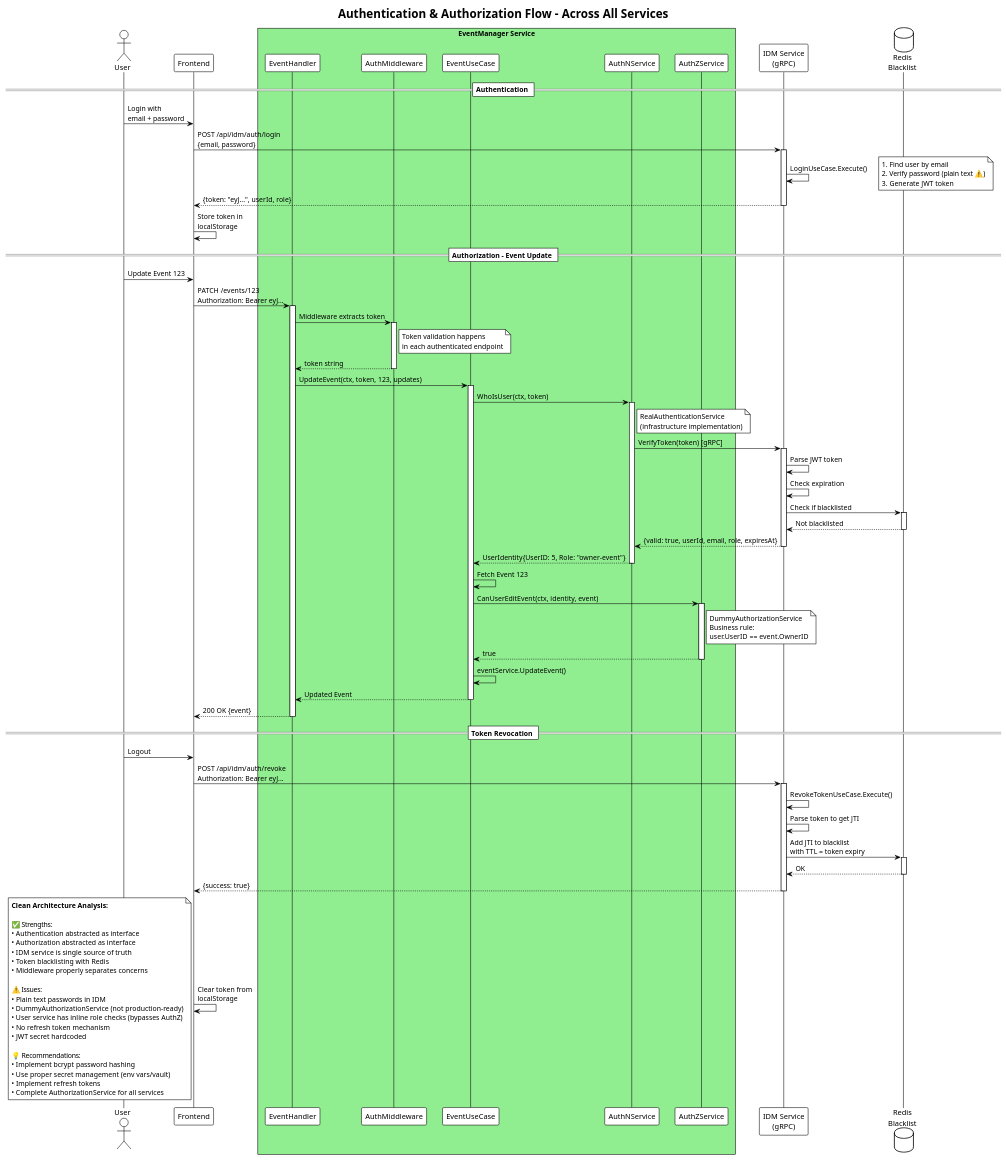
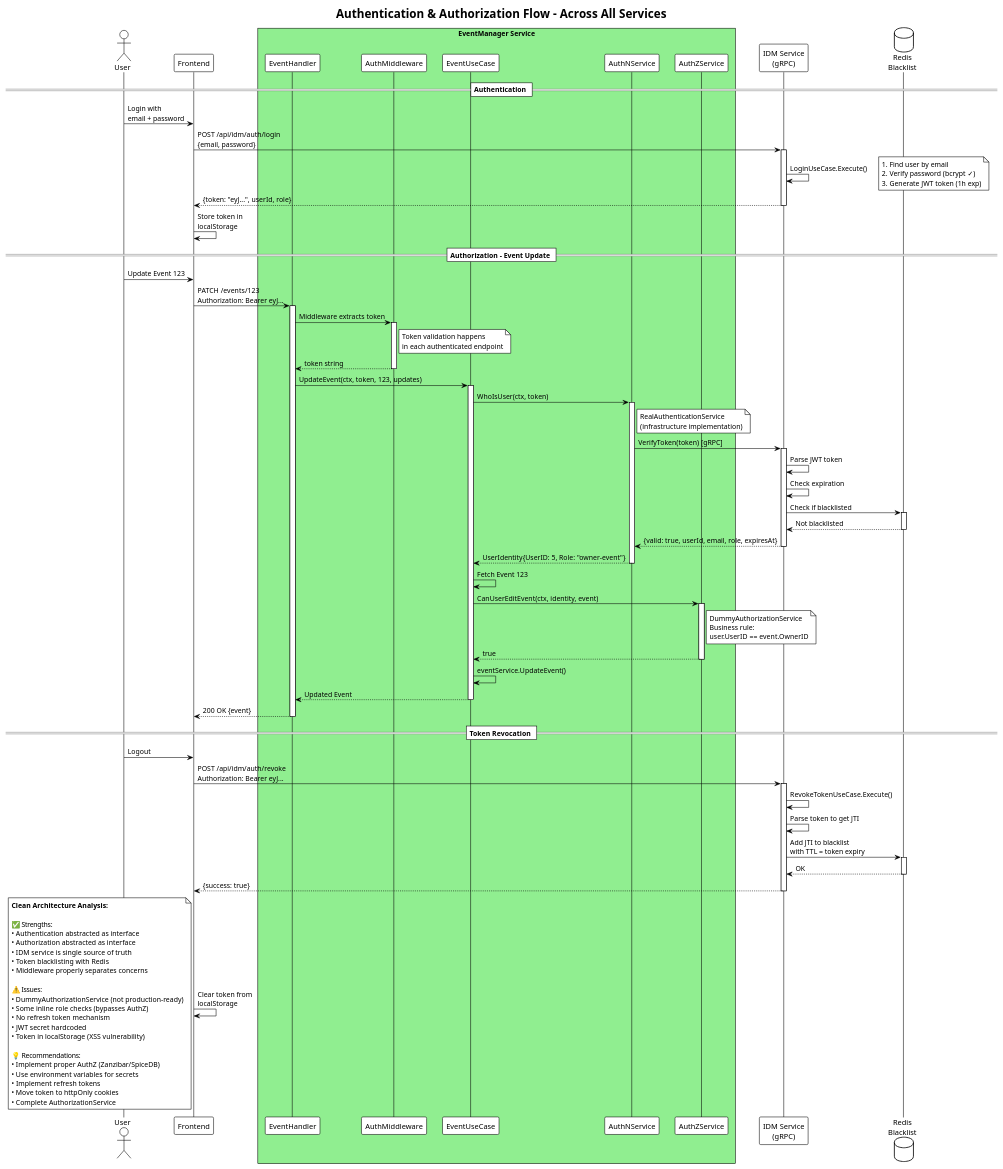
One commit to alexandru-vezeteu/demo-go-webservices changed the diagram in diagrams/13-authentication-authorization-flow.puml. Above: the diagram before and after it, drawn with PlantUML. The commit also changed 44 other files, not shown here.

```diff
--- a/diagrams/13-authentication-authorization-flow.puml
+++ b/diagrams/13-authentication-authorization-flow.puml
@@ -1,140 +1,141 @@
 @startuml auth_authz_flow
 !theme plain
 
 title Authentication & Authorization Flow - Across All Services
 
 actor User
 participant "Frontend" as FE
 box "EventManager Service" #LightGreen
     participant "EventHandler" as EH
     participant "AuthMiddleware" as AM
     participant "EventUseCase" as EUC
     participant "AuthNService" as AuthN
     participant "AuthZService" as AuthZ
 end box
 participant "IDM Service\n(gRPC)" as IDM
 database "Redis\nBlacklist" as Redis
 
 == Authentication ==
 
 User -> FE : Login with\nemail + password
 FE -> IDM : POST /api/idm/auth/login\n{email, password}
 activate IDM
 
 IDM -> IDM : LoginUseCase.Execute()
 note right
     1. Find user by email
-    2. Verify password (plain text ⚠️)
-    3. Generate JWT token
+    2. Verify password (bcrypt ✓)
+    3. Generate JWT token (1h exp)
 end note
 
 IDM --> FE : {token: "eyJ...", userId, role}
 deactivate IDM
 
 FE -> FE : Store token in\nlocalStorage
 
 == Authorization - Event Update ==
 
 User -> FE : Update Event 123
 FE -> EH : PATCH /events/123\nAuthorization: Bearer eyJ...
 activate EH
 
 EH -> AM : Middleware extracts token
 activate AM
 note right of AM
     Token validation happens
     in each authenticated endpoint
 end note
 AM --> EH : token string
 deactivate AM
 
 EH -> EUC : UpdateEvent(ctx, token, 123, updates)
 activate EUC
 
 EUC -> AuthN : WhoIsUser(ctx, token)
 activate AuthN
 note right of AuthN
     RealAuthenticationService
     (infrastructure implementation)
 end note
 
 AuthN -> IDM : VerifyToken(token) [gRPC]
 activate IDM
 
 IDM -> IDM : Parse JWT token
 IDM -> IDM : Check expiration
 IDM -> Redis : Check if blacklisted
 activate Redis
 Redis --> IDM : Not blacklisted
 deactivate Redis
 
 IDM --> AuthN : {valid: true, userId, email, role, expiresAt}
 deactivate IDM
 
 AuthN --> EUC : UserIdentity{UserID: 5, Role: "owner-event"}
 deactivate AuthN
 
 EUC -> EUC : Fetch Event 123
 
 EUC -> AuthZ : CanUserEditEvent(ctx, identity, event)
 activate AuthZ
 
 note right of AuthZ
     DummyAuthorizationService
     Business rule:
     user.UserID == event.OwnerID
 end note
 
 AuthZ --> EUC : true
 deactivate AuthZ
 
 EUC -> EUC : eventService.UpdateEvent()
 EUC --> EH : Updated Event
 deactivate EUC
 
 EH --> FE : 200 OK {event}
 deactivate EH
 
 == Token Revocation ==
 
 User -> FE : Logout
 FE -> IDM : POST /api/idm/auth/revoke\nAuthorization: Bearer eyJ...
 activate IDM
 
 IDM -> IDM : RevokeTokenUseCase.Execute()
 IDM -> IDM : Parse token to get JTI
 IDM -> Redis : Add JTI to blacklist\nwith TTL = token expiry
 activate Redis
 Redis --> IDM : OK
 deactivate Redis
 
 IDM --> FE : {success: true}
 deactivate IDM
 
 FE -> FE : Clear token from\nlocalStorage
 
 note bottom
     **Clean Architecture Analysis:**
 
     ✅ Strengths:
     • Authentication abstracted as interface
     • Authorization abstracted as interface
     • IDM service is single source of truth
     • Token blacklisting with Redis
     • Middleware properly separates concerns
 
     ⚠️ Issues:
-    • Plain text passwords in IDM
     • DummyAuthorizationService (not production-ready)
-    • User service has inline role checks (bypasses AuthZ)
+    • Some inline role checks (bypasses AuthZ)
     • No refresh token mechanism
     • JWT secret hardcoded
+    • Token in localStorage (XSS vulnerability)
 
     💡 Recommendations:
-    • Implement bcrypt password hashing
-    • Use proper secret management (env vars/vault)
+    • Implement proper AuthZ (Zanzibar/SpiceDB)
+    • Use environment variables for secrets
     • Implement refresh tokens
-    • Complete AuthorizationService for all services
+    • Move token to httpOnly cookies
+    • Complete AuthorizationService
 end note
 
 @enduml
```
